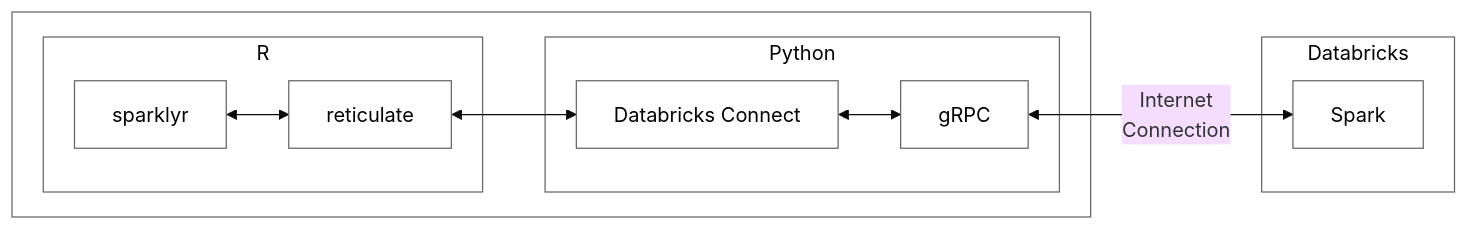
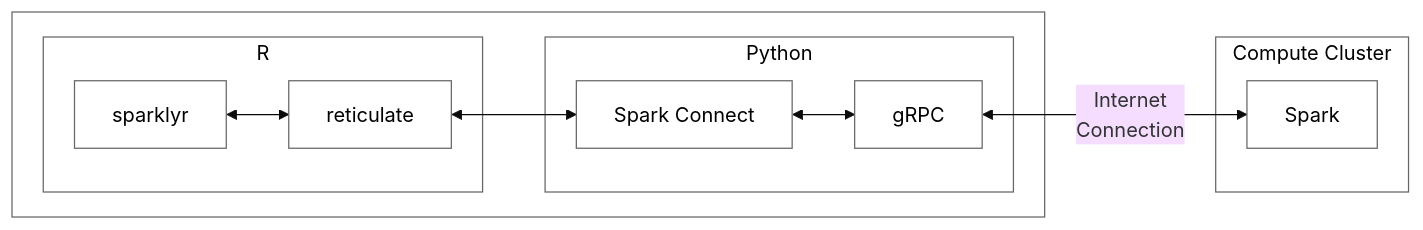
One commit to rstudio/spark.rstudio.com changed the diagram in deployment/spark-connect.qmd. Above: the diagram before and after it, drawn with Mermaid (base theme). The commit also changed other lines of this file, not shown here.

Commit message:
Remove Databricks references from generic Spark Connect article Fixes #167

````diff
--- a/deployment/spark-connect.qmd
+++ b/deployment/spark-connect.qmd
@@ -48,32 +48,32 @@
 ```{mermaid}
 %%| fig-width: 10
 %%| eval: true
 flowchart LR
   subgraph lp[test]
     subgraph r[R]
       sr[sparklyr]
       rt[reticulate]
     end
     subgraph ps[Python]
-      dc[Databricks Connect]
+      dc[Spark Connect]
       g1[gRPC]
     end
   end   
-  subgraph db[Databricks]
+  subgraph db[Compute Cluster]
     sp[Spark]   
   end
   sr <--> rt
   rt <--> dc
   g1 <-- Internet<br>Connection --> sp
   dc <--> g1
   
   style r   fill:#fff,stroke:#666,color:#000
   style sr  fill:#fff,stroke:#666,color:#000
   style rt  fill:#fff,stroke:#666,color:#000
   style ps  fill:#fff,stroke:#666,color:#000
   style lp  fill:#fff,stroke:#666,color:#fff
   style db  fill:#fff,stroke:#666,color:#000
   style sp  fill:#fff,stroke:#666,color:#000
   style g1  fill:#fff,stroke:#666,color:#000
   style dc  fill:#fff,stroke:#666,color:#000
 ```
````
